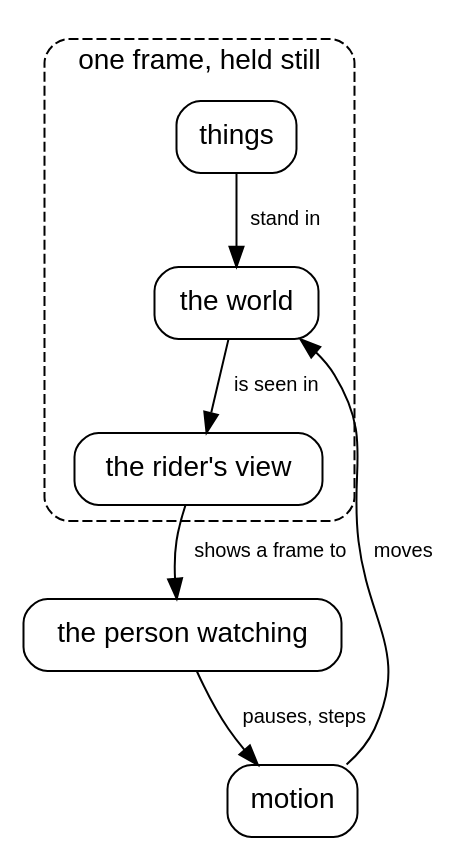
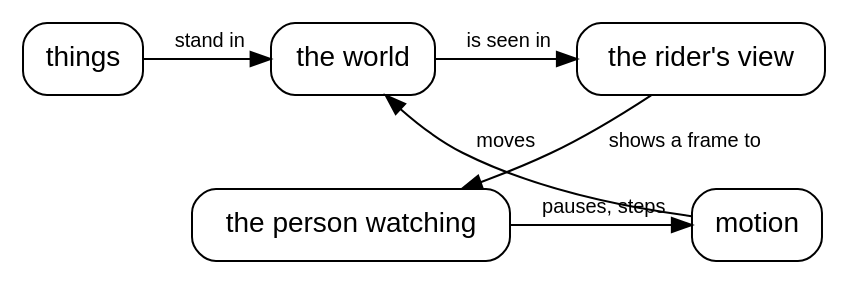
Before and after one commit to showell/roc-apps: the first of 30 diagrams in canvas_apps/safari/tutorial/tutorial.md, drawn with Graphviz.

Commit message:
Safari book: the five pieces' diagram in two rows

````diff
--- a/canvas_apps/safari/tutorial/tutorial.md
+++ b/canvas_apps/safari/tutorial/tutorial.md
@@ -25,20 +25,22 @@
 ```dot
 digraph pieces {
   rankdir=TB;
   node [shape=box, style=rounded, fontname="Helvetica"];
   edge [fontname="Helvetica", fontsize=10];
   subgraph cluster_frame {
     label="one frame, held still"; style="rounded,dashed"; fontname="Helvetica";
     things [label="things"];
     world [label="the world"];
     view [label="the rider's view"];
   }
   motion [label="motion"];
   person [label="the person watching"];
+  { rank=same; things; world; view; }
+  { rank=same; motion; person; }
   things -> world [label="  stand in"];
   world -> view [label="  is seen in"];
   motion -> world [label="  moves"];
   view -> person [label="  shows a frame to"];
   person -> motion [label="  pauses, steps"];
 }
 ```
````
